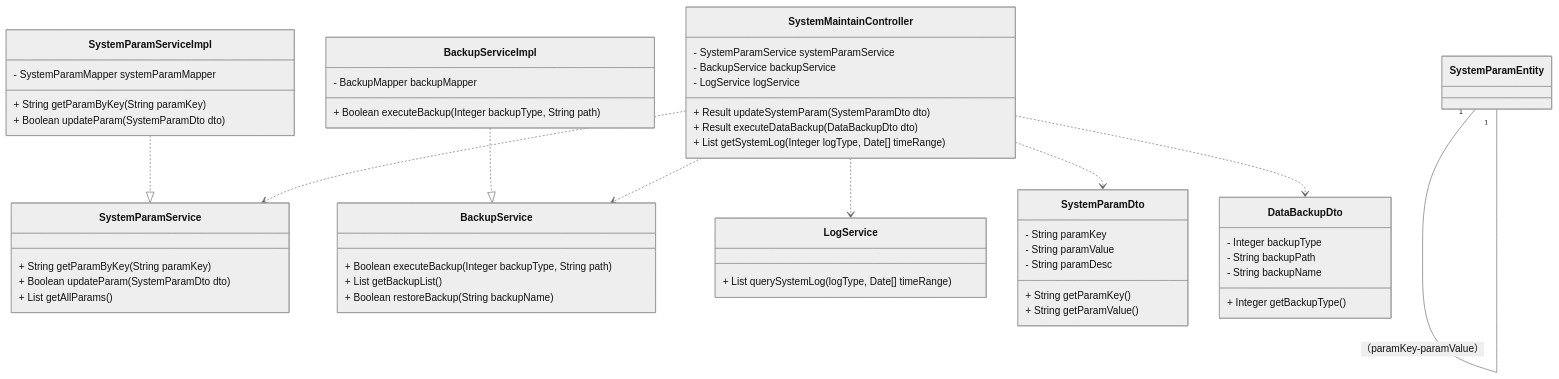
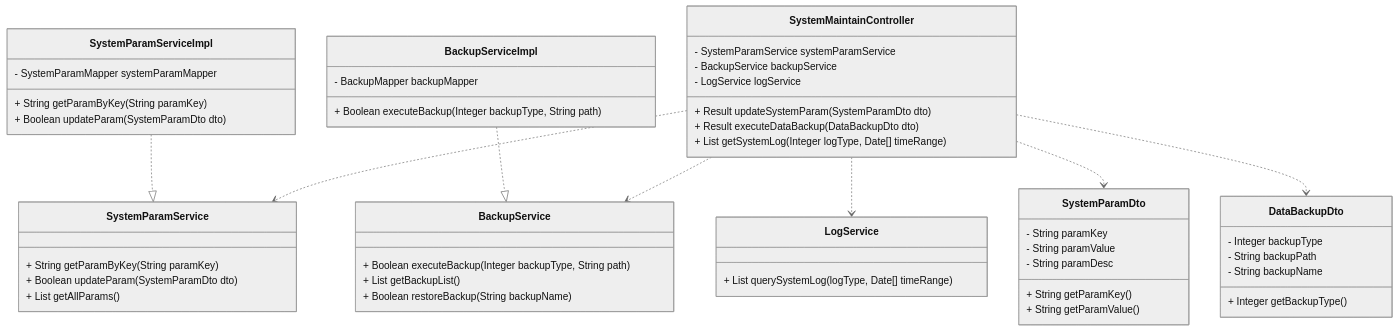
The diagram in all/未命名-2.md (DEbalanceUX/iodraw-files), drawn with Mermaid (neutral theme) before and after one commit.

Commit message:
2025-12-11 15:00:04 update

````diff
--- a/all/未命名-2.md
+++ b/all/未命名-2.md
@@ -1,68 +1,68 @@
 ```mermaid
 classDiagram
     %% 关系定义
     SystemParamServiceImpl ..|> SystemParamService 
     BackupServiceImpl ..|> BackupService
     SystemMaintainController ..> SystemParamService 
     SystemMaintainController ..> BackupService 
     SystemMaintainController ..> LogService 
     SystemMaintainController ..> SystemParamDto
     SystemMaintainController ..> DataBackupDto 
-    SystemParamEntity "1" -- "1" SystemParamEntity : （paramKey-paramValue）
+
     
 
     %% 核心类定义
     class SystemParamDto {
         - String paramKey
         - String paramValue
         - String paramDesc
         + String getParamKey()
         + String getParamValue()
     }
 
     class DataBackupDto {
         - Integer backupType
         - String backupPath
         - String backupName
         + Integer getBackupType()
     }
 
     class SystemMaintainController {
         - SystemParamService systemParamService
         - BackupService backupService
         - LogService logService
         + Result updateSystemParam(SystemParamDto dto)
         + Result executeDataBackup(DataBackupDto dto)
         + List<SystemLogEntity> getSystemLog(Integer logType, Date[] timeRange)
     }
 
     class SystemParamService {
         + String getParamByKey(String paramKey)
         + Boolean updateParam(SystemParamDto dto)
         + List<SystemParamEntity> getAllParams()
     }
 
     class SystemParamServiceImpl {
         - SystemParamMapper systemParamMapper
         + String getParamByKey(String paramKey)
         + Boolean updateParam(SystemParamDto dto)
     }
 
     class BackupService {
         + Boolean executeBackup(Integer backupType, String path)
         + List<BackupRecordEntity> getBackupList()
         + Boolean restoreBackup(String backupName)
     }
 
     class BackupServiceImpl {
         - BackupMapper backupMapper
         + Boolean executeBackup(Integer backupType, String path)
     }
     
     
     class LogService {
         + List<SystemLogEntity> querySystemLog( logType, Date[] timeRange)
     }
 
    
 ```
````
